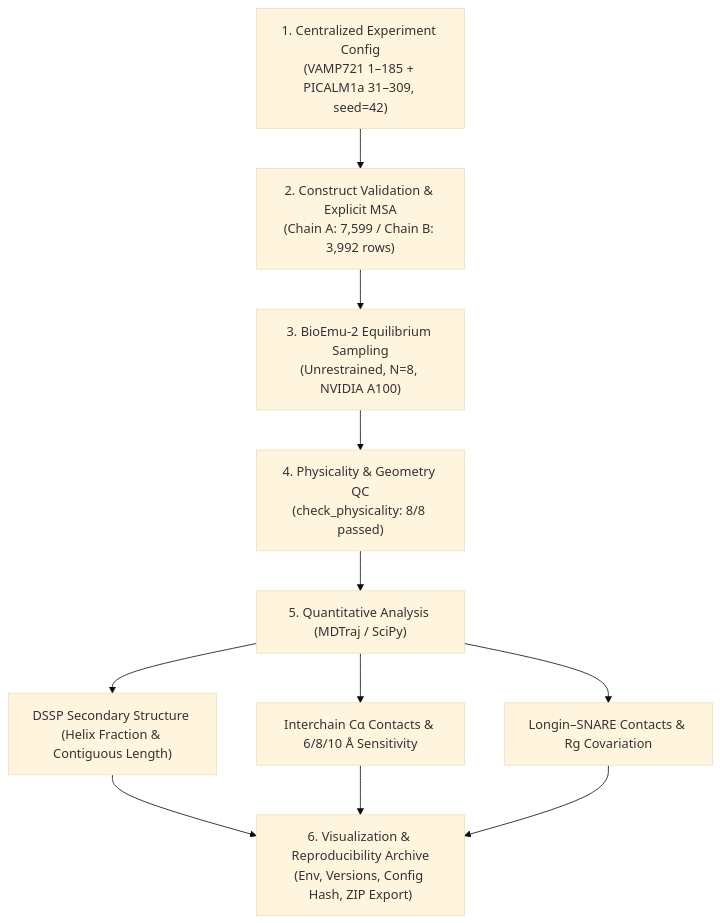
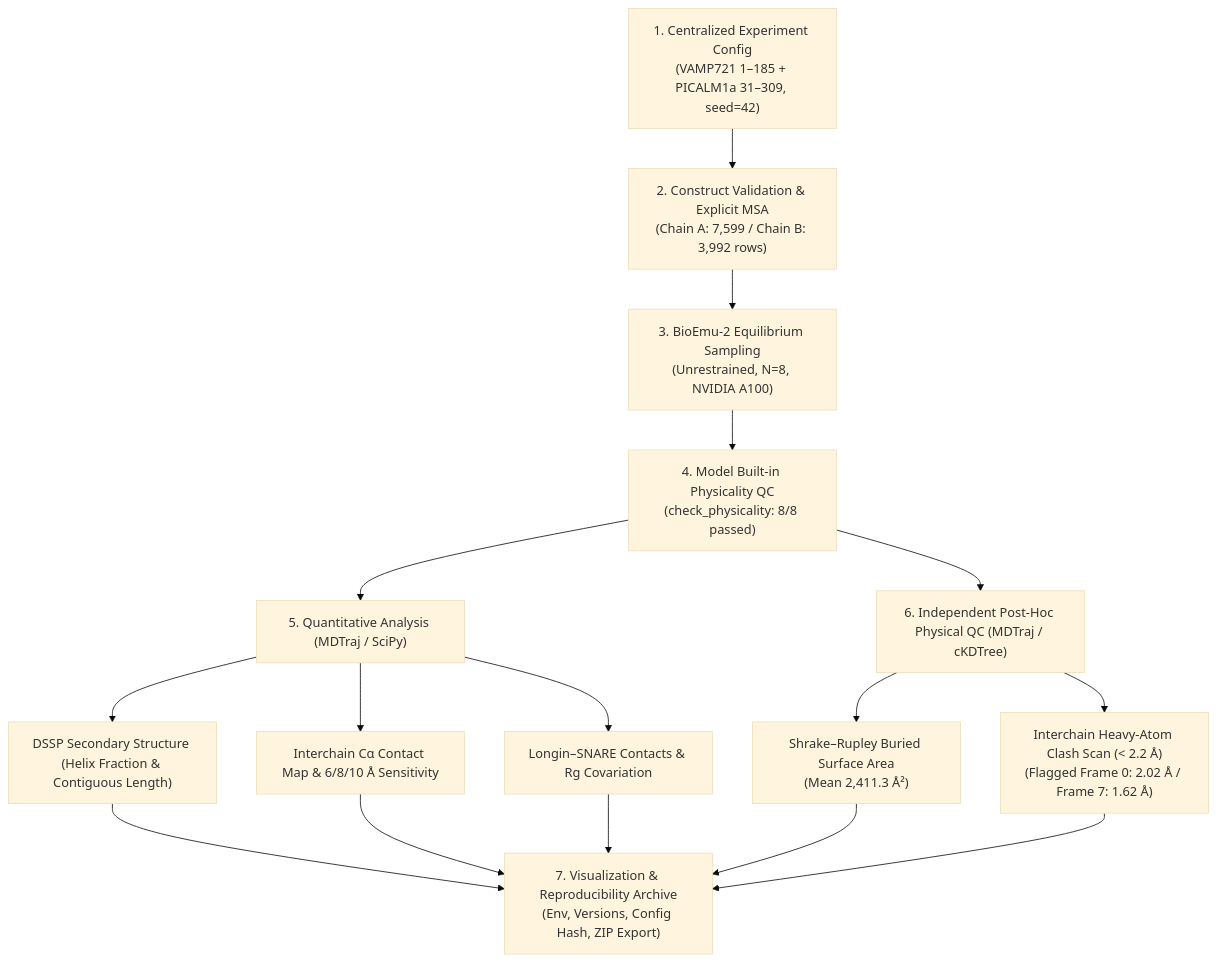
The diagram in README.en.md (Shunsuke-max/vamp721-structural-ensemble), drawn with Mermaid (base theme) before and after one commit. The commit also changed other lines of this file and 7 other files, not shown here.

````diff
--- a/README.en.md
+++ b/README.en.md
@@ -15,11 +21,14 @@
 ```mermaid
 flowchart TD
     A["1. Centralized Experiment Config<br/>(VAMP721 1–185 + PICALM1a 31–309, seed=42)"] --> B["2. Construct Validation & Explicit MSA<br/>(Chain A: 7,599 / Chain B: 3,992 rows)"]
     B --> C["3. BioEmu-2 Equilibrium Sampling<br/>(Unrestrained, N=8, NVIDIA A100)"]
-    C --> D["4. Physicality & Geometry QC<br/>(check_physicality: 8/8 passed)"]
+    C --> D["4. Model Built-in Physicality QC<br/>(check_physicality: 8/8 passed)"]
     D --> E["5. Quantitative Analysis (MDTraj / SciPy)"]
     E --> E1["DSSP Secondary Structure (Helix Fraction & Contiguous Length)"]
-    E --> E2["Interchain Cα Contacts & 6/8/10 Å Sensitivity"]
+    E --> E2["Interchain Cα Contact Map & 6/8/10 Å Sensitivity"]
     E --> E3["Longin–SNARE Contacts & Rg Covariation"]
-    E1 & E2 & E3 --> F["6. Visualization & Reproducibility Archive<br/>(Env, Versions, Config Hash, ZIP Export)"]
+    D --> F["6. Independent Post-Hoc Physical QC (MDTraj / cKDTree)"]
+    F --> F1["Shrake–Rupley Buried Surface Area<br/>(Mean 2,411.3 Å²)"]
+    F --> F2["Interchain Heavy-Atom Clash Scan (< 2.2 Å)<br/>(Flagged Frame 0: 2.02 Å / Frame 7: 1.62 Å)"]
+    E1 & E2 & E3 & F1 & F2 --> G["7. Visualization & Reproducibility Archive<br/>(Env, Versions, Config Hash, ZIP Export)"]
 ```
````
